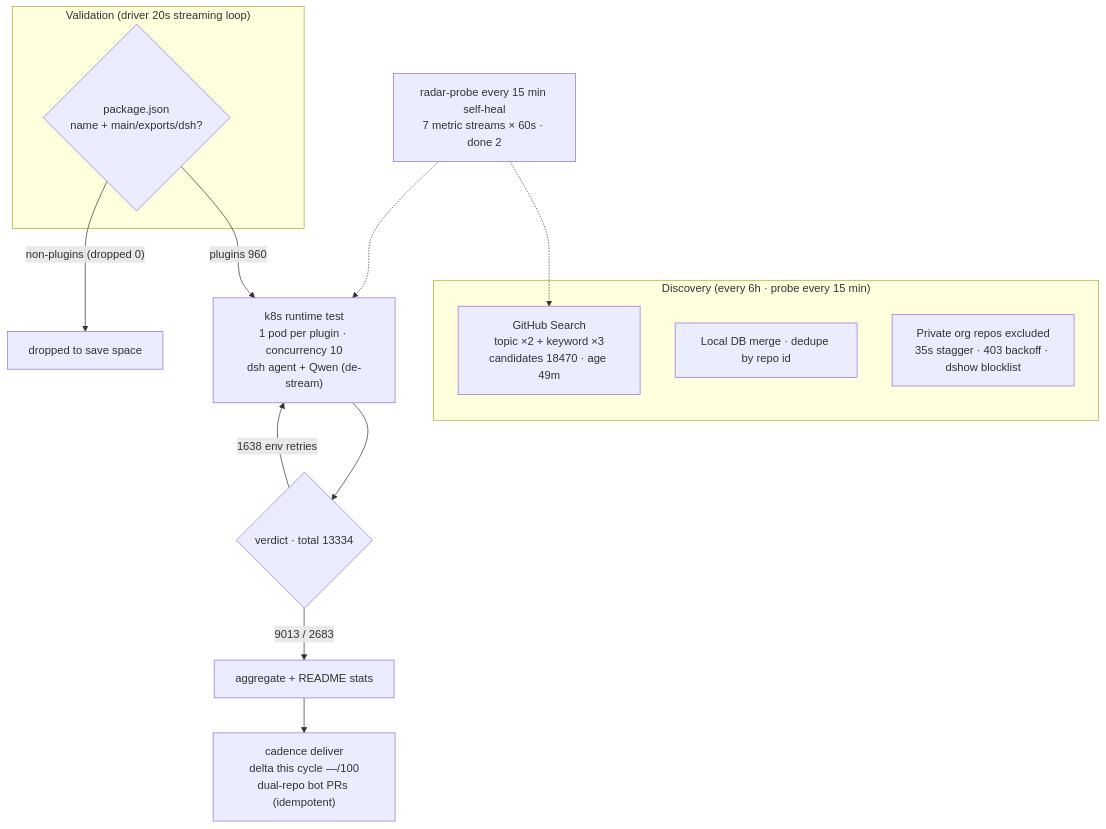
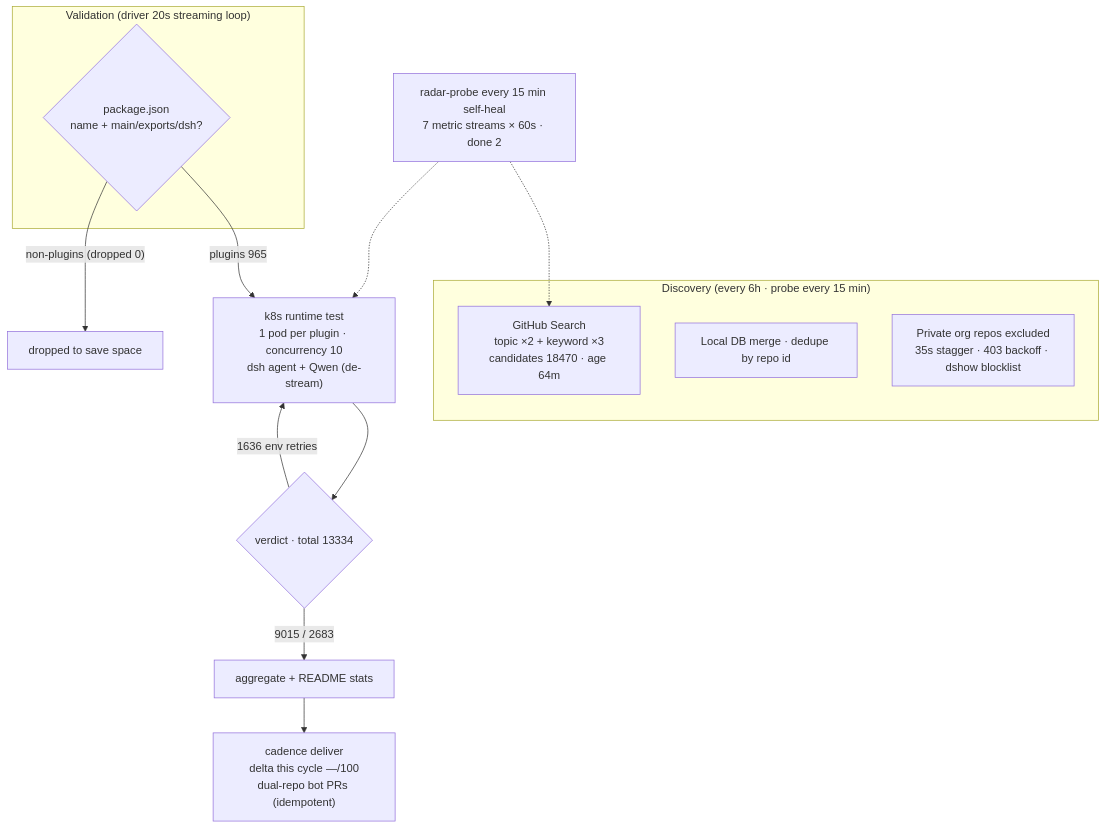
One commit to AdamPlatin123/awesome-dsh-plugins changed the diagram in README.en-US.md. Above: the diagram before and after it, drawn with Mermaid. The commit also changed other lines of this file and 5 other files, not shown here.

````diff
--- a/README.en-US.md
+++ b/README.en-US.md
@@ -45,20 +45,20 @@
 ```mermaid
 flowchart TB
     subgraph Discovery["Discovery (every 6h · probe every 15 min)"]
-        A1["GitHub Search<br/>topic ×2 + keyword ×3<br/>candidates 18470 · age 49m"]
+        A1["GitHub Search<br/>topic ×2 + keyword ×3<br/>candidates 18470 · age 64m"]
         A2["Local DB merge · dedupe by repo id"]
         A3["Private org repos excluded<br/>35s stagger · 403 backoff · dshow blocklist"]
     end
     subgraph Validation["Validation (driver 20s streaming loop)"]
         B1{"package.json<br/>name + main/exports/dsh?"}
     end
-    B1 -->|"plugins 960"| C1["k8s runtime test<br/>1 pod per plugin · concurrency 10<br/>dsh agent + Qwen (de-stream)"]
+    B1 -->|"plugins 965"| C1["k8s runtime test<br/>1 pod per plugin · concurrency 10<br/>dsh agent + Qwen (de-stream)"]
     B1 -->|"non-plugins (dropped 0)"| B3["dropped to save space"]
     C1 --> D1{"verdict · total 13334"}
-    D1 -->|"9013 / 2683"| E1["aggregate + README stats"]
-    D1 -->|"1638 env retries"| C1
+    D1 -->|"9015 / 2683"| E1["aggregate + README stats"]
+    D1 -->|"1636 env retries"| C1
     E1 --> E2["cadence deliver<br/>delta this cycle —/100<br/>dual-repo bot PRs (idempotent)"]
     M["radar-probe every 15 min self-heal<br/>7 metric streams × 60s · done 2"]
     M -.-> A1
     M -.-> C1
 ```
````
